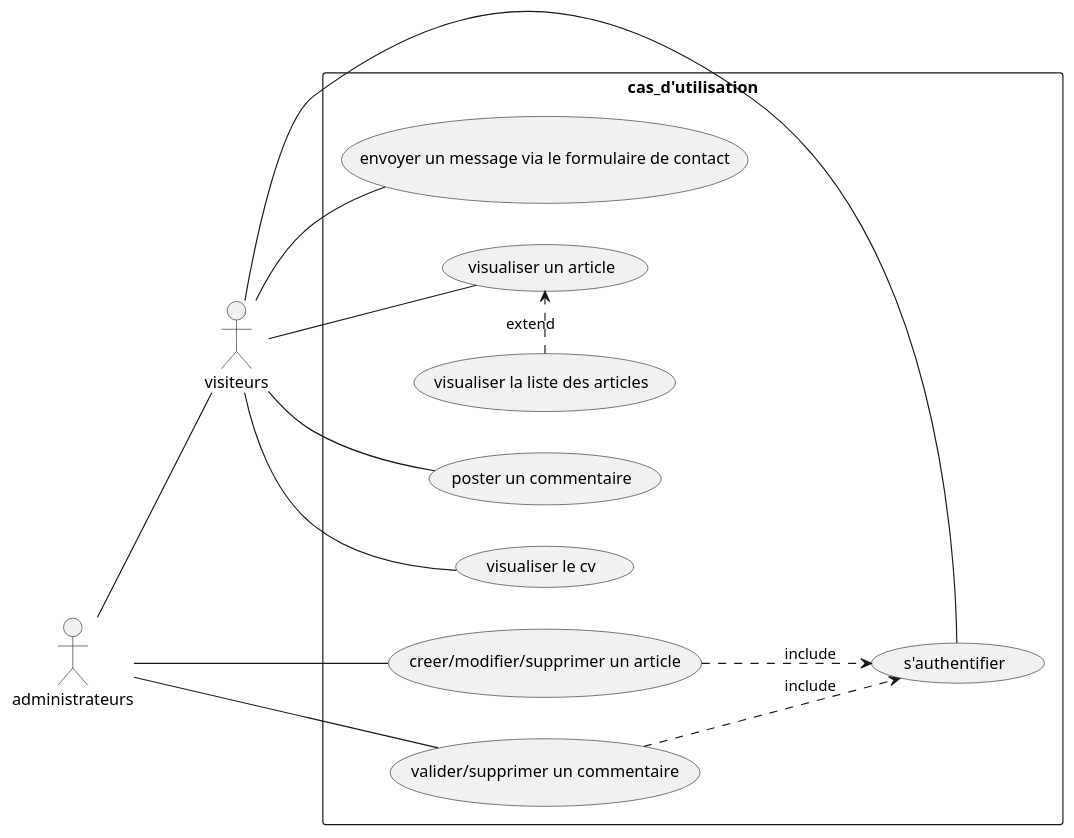
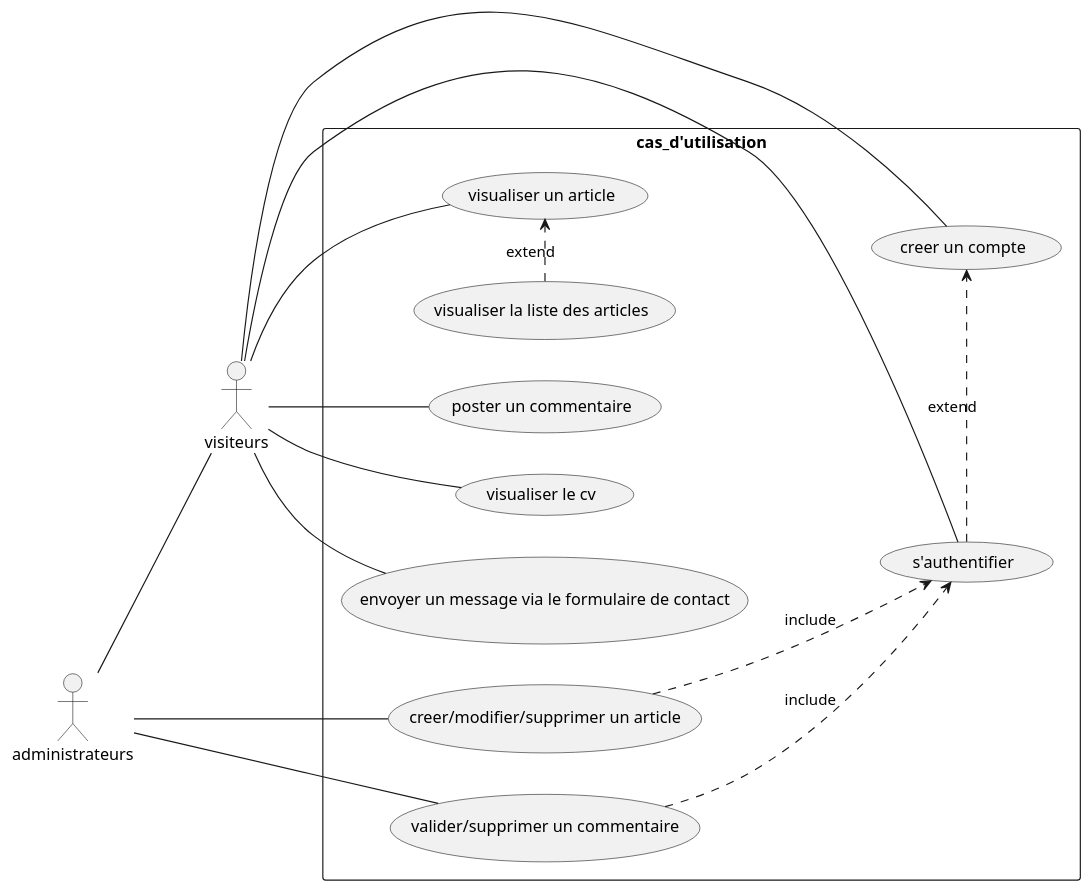
One commit to HaiseB/P5_blogPhp changed the diagram in diagrammes/ddcu_cas_d'utilisation.plantuml. Above: the diagram before and after it, drawn with PlantUML. The commit also changed 11 other files, not shown here.

```diff
--- a/diagrammes/ddcu_cas_d'utilisation.plantuml
+++ b/diagrammes/ddcu_cas_d'utilisation.plantuml
@@ -1,26 +1,28 @@
 @startuml cas_d'utilisation
 scale 1
 Left to right direction
 skinparam packageStyle rect
 actor administrateurs
 actor visiteurs
 
 rectangle cas_d'utilisation {
 
 (administrateurs) -- (visiteurs)
 
 (visiteurs) -- (poster un commentaire)
 (visiteurs) -- (visualiser le cv)
 (visiteurs) -- (envoyer un message via le formulaire de contact)
 (visiteurs) -- (visualiser un article)
 (visiteurs) -- (s'authentifier)
+(visiteurs) -- (creer un compte)
 (administrateurs) -- (creer/modifier/supprimer un article)
 (administrateurs) -- (valider/supprimer un commentaire)
 
+(s'authentifier) .>  (creer un compte):extend
 (visualiser la liste des articles) .> (visualiser un article):extend
 
 (creer/modifier/supprimer un article) ..> (s'authentifier):include
 (valider/supprimer un commentaire) ..> (s'authentifier):include
 
 }
 @enduml
```
